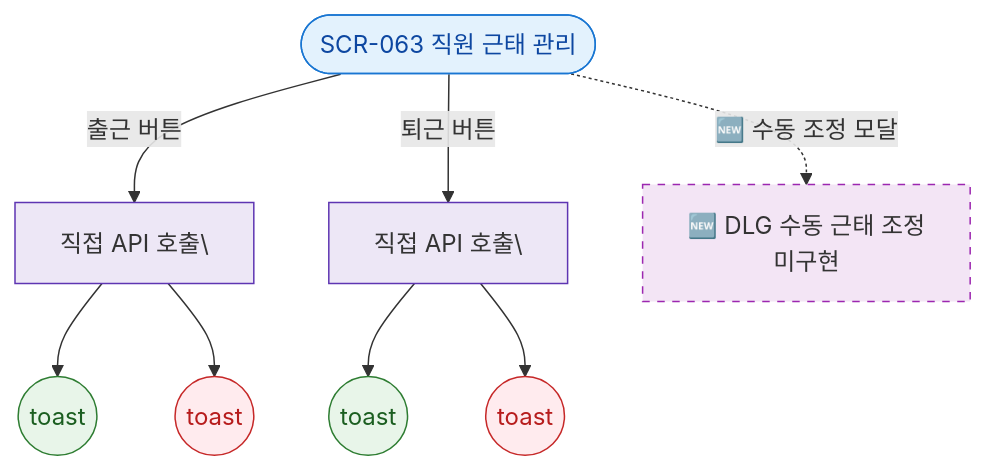
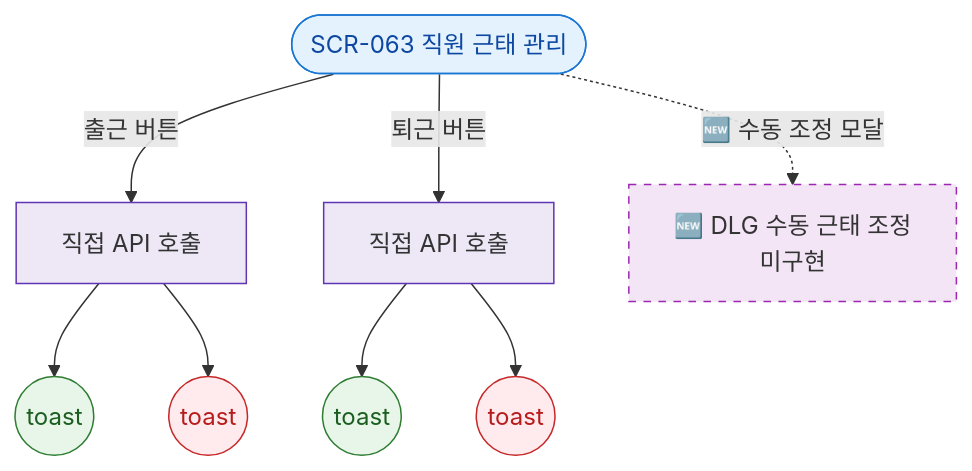
One commit to dev-spogym/admin-pando changed the diagram in docs/admin/다이어그램/D07_직원관리/SCR-063_직원근태관리/F5_모달트리거.md. Above: the diagram before and after it, drawn with Mermaid. The commit also changed 369 other files, not shown here.

````diff
--- a/docs/admin/다이어그램/D07_직원관리/SCR-063_직원근태관리/F5_모달트리거.md
+++ b/docs/admin/다이어그램/D07_직원관리/SCR-063_직원근태관리/F5_모달트리거.md
@@ -16,27 +16,27 @@
 ```mermaid
 flowchart TD
   SCR_063([SCR-063 직원 근태 관리])
 
-  SCR_063 -->|출근 버튼|CLOCKIN_API[직접 API 호출\]
-  SCR_063 -->|퇴근 버튼|CLOCKOUT_API[직접 API 호출\]
+  SCR_063 -->|출근 버튼|CLOCKIN_API[직접 API 호출]
+  SCR_063 -->|퇴근 버튼|CLOCKOUT_API[직접 API 호출]
 
   CLOCKIN_API --> TOAST_OK((toast))
   CLOCKIN_API --> TOAST_ERR((toast))
 
   CLOCKOUT_API --> TOAST_OK2((toast))
   CLOCKOUT_API --> TOAST_ERR2((toast))
 
   SCR_063 -.->|🆕 수동 조정 모달|DLG_MANUAL[🆕 DLG 수동 근태 조정\n미구현]
 
   classDef screen fill:#E3F2FD,stroke:#1976D2,color:#0D47A1
   classDef system fill:#EDE7F6,stroke:#5E35B2
   classDef success fill:#E8F5E9,stroke:#2E7D32,color:#1B5E20
   classDef error fill:#FFEBEE,stroke:#C62828,color:#B71C1C
   classDef newFeature fill:#F3E5F5,stroke:#9C27B0,stroke-dasharray:5 5
 
   class SCR_063 screen
   class CLOCKIN_API,CLOCKOUT_API system
   class TOAST_OK,TOAST_OK2 success
   class TOAST_ERR,TOAST_ERR2 error
   class DLG_MANUAL newFeature
 ```
````
